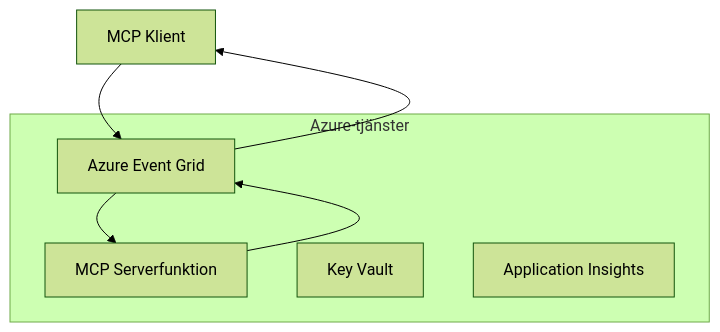
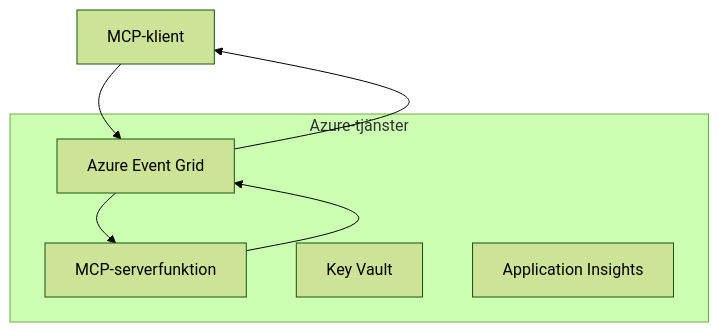
The first of 2 diagrams in mcp_ecosystem__model_context_protocol/mcp_learning_resources/mcp-for-beginners/translations/sv/05-AdvancedTopics/mcp-transport/README.md (HIDORAKAI002/ai-workspace-archive), drawn with Mermaid (forest theme) before and after one commit. The commit also changed other lines of this file and 1046 other files, not shown here.

````diff
--- a/mcp_ecosystem__model_context_protocol/mcp_learning_resources/mcp-for-beginners/translations/sv/05-AdvancedTopics/mcp-transport/README.md
+++ b/mcp_ecosystem__model_context_protocol/mcp_learning_resources/mcp-for-beginners/translations/sv/05-AdvancedTopics/mcp-transport/README.md
@@ -58,14 +60,14 @@
 ```mermaid
 graph TB
-    Client[MCP Klient] --> EG[Azure Event Grid]
-    EG --> Server[MCP Serverfunktion]
+    Client[MCP-klient] --> EG[Azure Event Grid]
+    EG --> Server[MCP-serverfunktion]
     Server --> EG
     EG --> Client
     
     subgraph "Azure-tjänster"
         EG
         Server
         KV[Key Vault]
         Monitor[Application Insights]
     end
 ```
````
